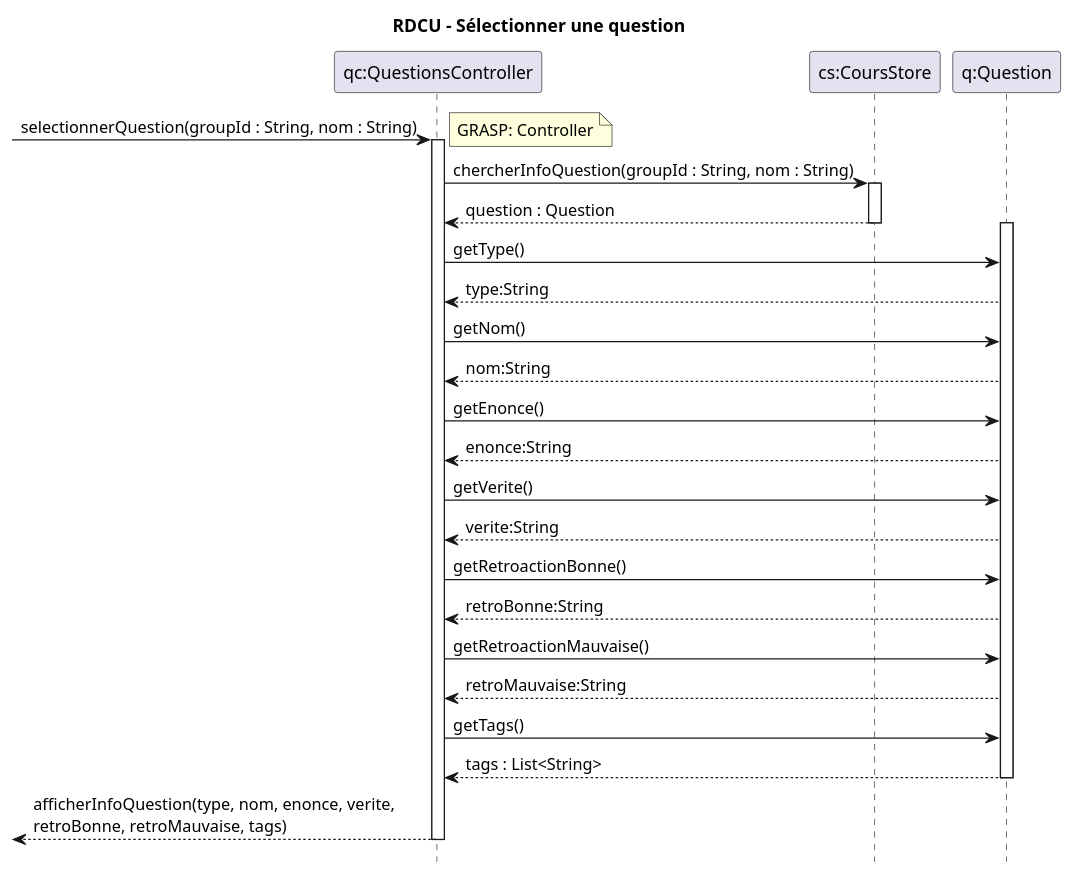
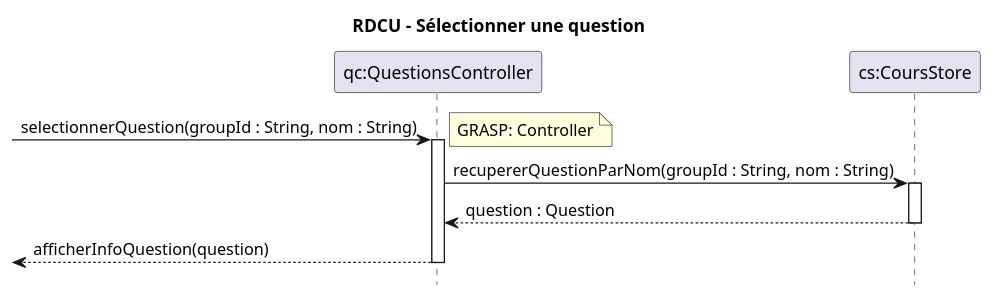
The diagram in docs/modeles/cu02/rdcu-selectionner-question.puml (xMrYahya/moodle-clone), drawn with PlantUML before and after one commit. The commit also changed 12 other files, not shown here.

```diff
--- a/docs/modeles/cu02/rdcu-selectionner-question.puml
+++ b/docs/modeles/cu02/rdcu-selectionner-question.puml
@@ -1,44 +1,21 @@
 @startuml
 hide footbox
 title RDCU – Sélectionner une question
 
 participant "qc:QuestionsController" as QC
 participant "cs:CoursStore" as CS
-participant "q:Question" as Q
 
 -> QC : selectionnerQuestion(groupId : String, nom : String)
 note right: GRASP: Controller
 activate QC
 
-QC -> CS : chercherInfoQuestion(groupId : String, nom : String)
+QC -> CS : recupererQuestionParNom(groupId : String, nom : String)
 activate CS
 CS --> QC : question : Question
 deactivate CS
 
-activate Q
-QC -> Q : getType()
-Q --> QC : type:String
+<-- QC : afficherInfoQuestion(question)
 
-QC -> Q : getNom()
-Q --> QC : nom:String
-
-QC -> Q : getEnonce()
-Q --> QC : enonce:String
-
-QC -> Q : getVerite()
-Q --> QC : verite:String
-
-QC -> Q : getRetroactionBonne()
-Q --> QC : retroBonne:String
-
-QC -> Q : getRetroactionMauvaise()
-Q --> QC : retroMauvaise:String
-
-QC -> Q : getTags()
-Q --> QC : tags : List<String>
-deactivate Q
-
-<-- QC : afficherInfoQuestion(type, nom, enonce, verite,\nretroBonne, retroMauvaise, tags)
 deactivate QC
 
 @enduml
```
